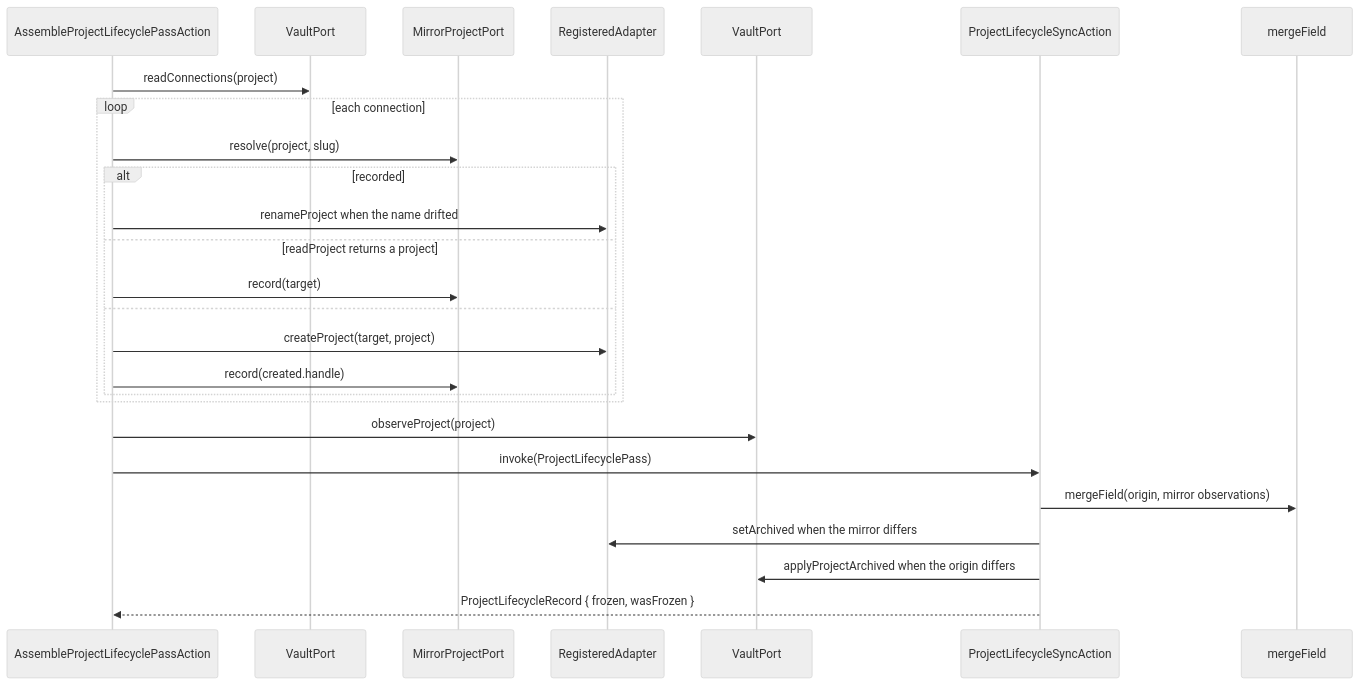
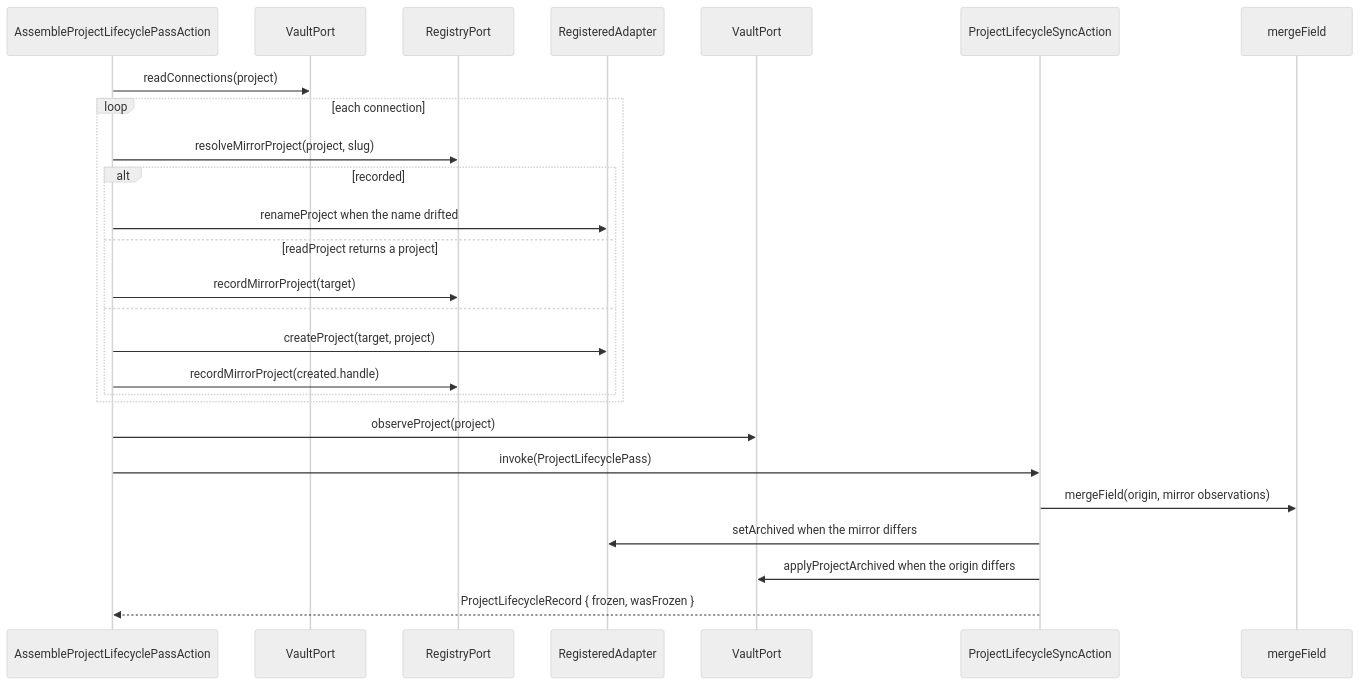
The seventh of 18 diagrams in docs/developer-manual.md (99linesofcode/obsidian-project-management), drawn with Mermaid (neutral theme) before and after one commit. The commit also changed other lines of this file and 39 other files, not shown here.

First line of the commit message:
refactor(registry): collapse the registry ports into one RegistryPort

````diff
--- a/docs/developer-manual.md
+++ b/docs/developer-manual.md
@@ -412,29 +411,29 @@
 ```mermaid
 sequenceDiagram
   participant A as AssembleProjectLifecyclePassAction
   participant PS as VaultPort
-  participant MP as MirrorProjectPort
+  participant MP as RegistryPort
   participant R as RegisteredAdapter
   participant O as VaultPort
   participant LS as ProjectLifecycleSyncAction
   participant MF as mergeField
 
   A->>PS: readConnections(project)
   loop each connection
-    A->>MP: resolve(project, slug)
+    A->>MP: resolveMirrorProject(project, slug)
     alt recorded
       A->>R: renameProject when the name drifted
     else readProject returns a project
-      A->>MP: record(target)
+      A->>MP: recordMirrorProject(target)
     else
       A->>R: createProject(target, project)
-      A->>MP: record(created.handle)
+      A->>MP: recordMirrorProject(created.handle)
     end
   end
   A->>O: observeProject(project)
   A->>LS: invoke(ProjectLifecyclePass)
   LS->>MF: mergeField(origin, mirror observations)
   LS->>R: setArchived when the mirror differs
   LS->>O: applyProjectArchived when the origin differs
   LS-->>A: ProjectLifecycleRecord { frozen, wasFrozen }
 ```
````
